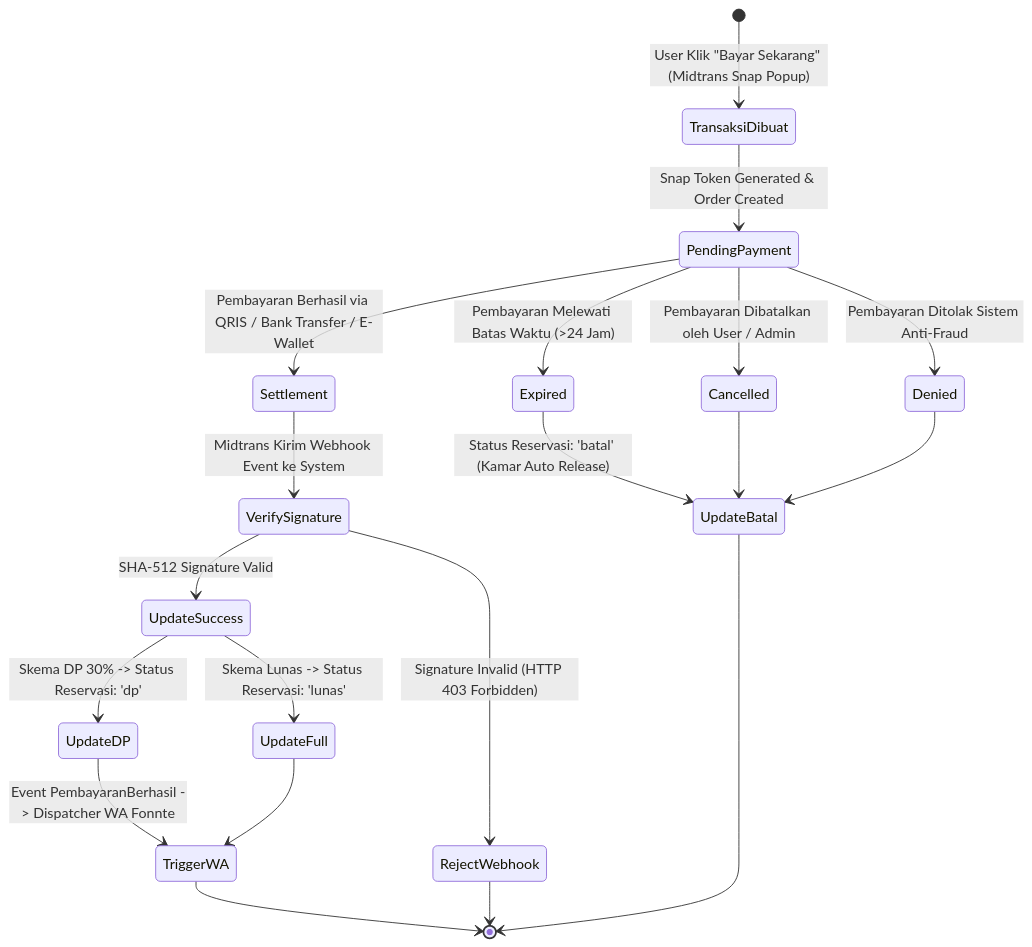
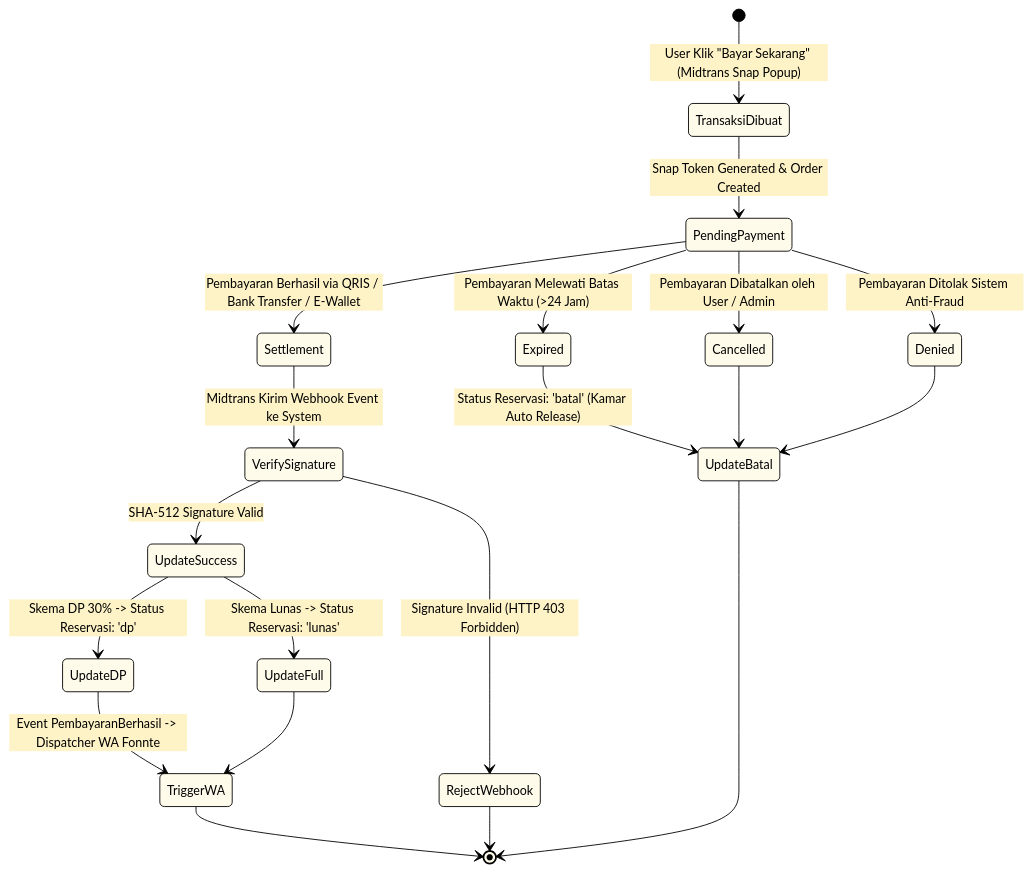
One commit to rafifarsyapradiva/asri-boarding-house changed the diagram in Blueprint/prd/prd_diagram_4_midtrans.mmd. Above: the diagram before and after it, drawn with Mermaid. The commit also changed 49 other files, not shown here.

Commit message:
docs(prd): finalize PRD v1.7.0, restructure diagram 16, add dual-format SVG/HD PNG and bump Blueprint v245.0

```diff
--- a/Blueprint/prd/prd_diagram_4_midtrans.mmd
+++ b/Blueprint/prd/prd_diagram_4_midtrans.mmd
@@ -1,25 +1,38 @@
+%%{init: {
+  'theme': 'base',
+  'themeVariables': {
+    'primaryColor': '#FFFBEB',
+    'primaryTextColor': '#000000',
+    'primaryBorderColor': '#000000',
+    'lineColor': '#000000',
+    'secondaryColor': '#FEF3C7',
+    'tertiaryColor': '#FFFFFF',
+    'fontSize': '14px',
+    'fontFamily': 'Inter, system-ui, sans-serif'
+  }
+}}%%
 stateDiagram-v2
     [*] --> TransaksiDibuat: User Klik "Bayar Sekarang" (Midtrans Snap Popup)
     TransaksiDibuat --> PendingPayment: Snap Token Generated & Order Created
     
     PendingPayment --> Settlement: Pembayaran Berhasil via QRIS / Bank Transfer / E-Wallet
     PendingPayment --> Expired: Pembayaran Melewati Batas Waktu (>24 Jam)
     PendingPayment --> Cancelled: Pembayaran Dibatalkan oleh User / Admin
     PendingPayment --> Denied: Pembayaran Ditolak Sistem Anti-Fraud
     
     Settlement --> VerifySignature: Midtrans Kirim Webhook Event ke System
     VerifySignature --> UpdateSuccess: SHA-512 Signature Valid
     VerifySignature --> RejectWebhook: Signature Invalid (HTTP 403 Forbidden)
     
     UpdateSuccess --> UpdateDP: Skema DP 30% -> Status Reservasi: 'dp'
     UpdateSuccess --> UpdateFull: Skema Lunas -> Status Reservasi: 'lunas'
     
     Expired --> UpdateBatal: Status Reservasi: 'batal' (Kamar Auto Release)
     Cancelled --> UpdateBatal
     Denied --> UpdateBatal
     
     UpdateDP --> TriggerWA: Event PembayaranBerhasil -> Dispatcher WA Fonnte
     UpdateFull --> TriggerWA
     TriggerWA --> [*]
     UpdateBatal --> [*]
     RejectWebhook --> [*]
```
